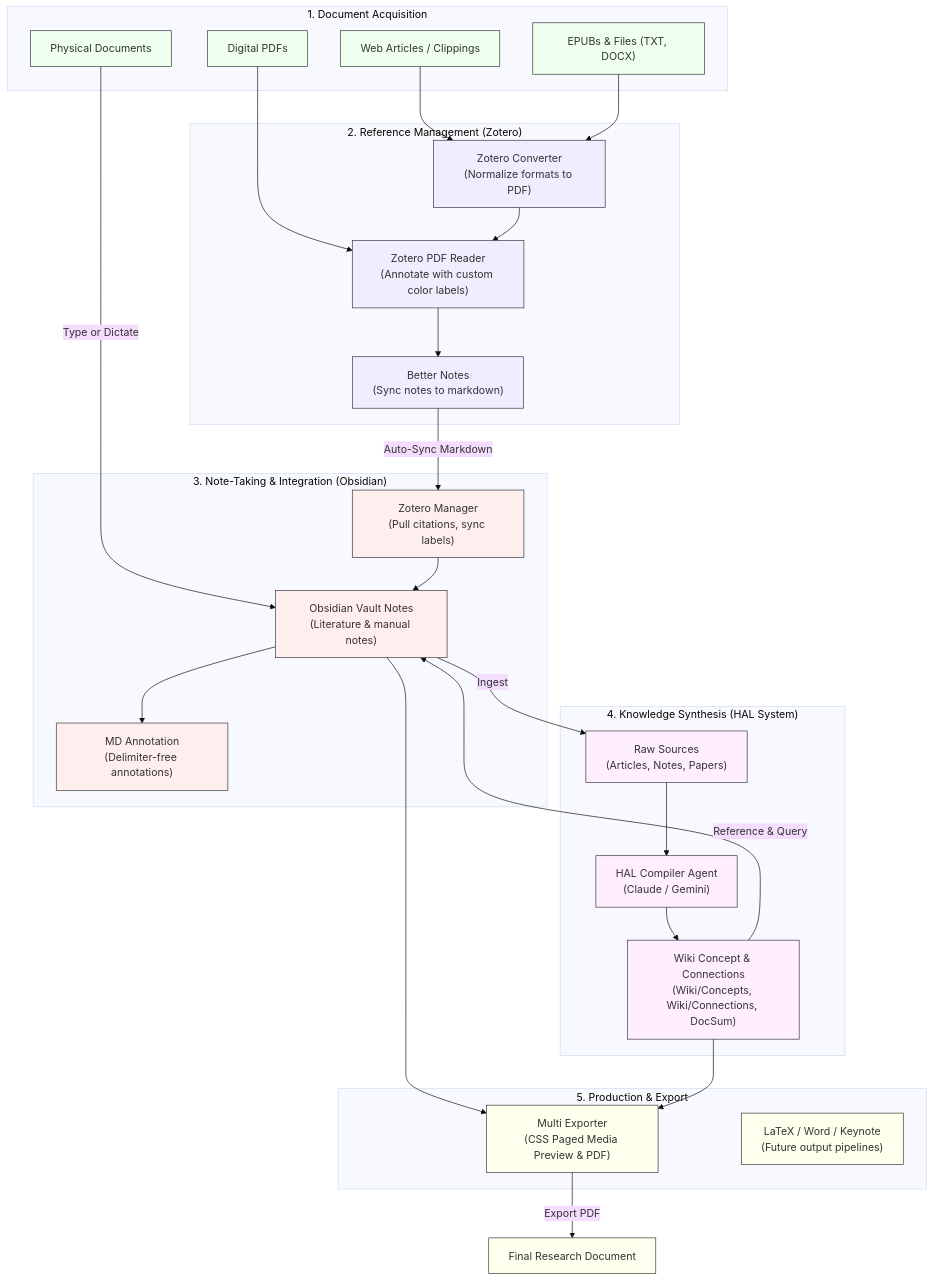
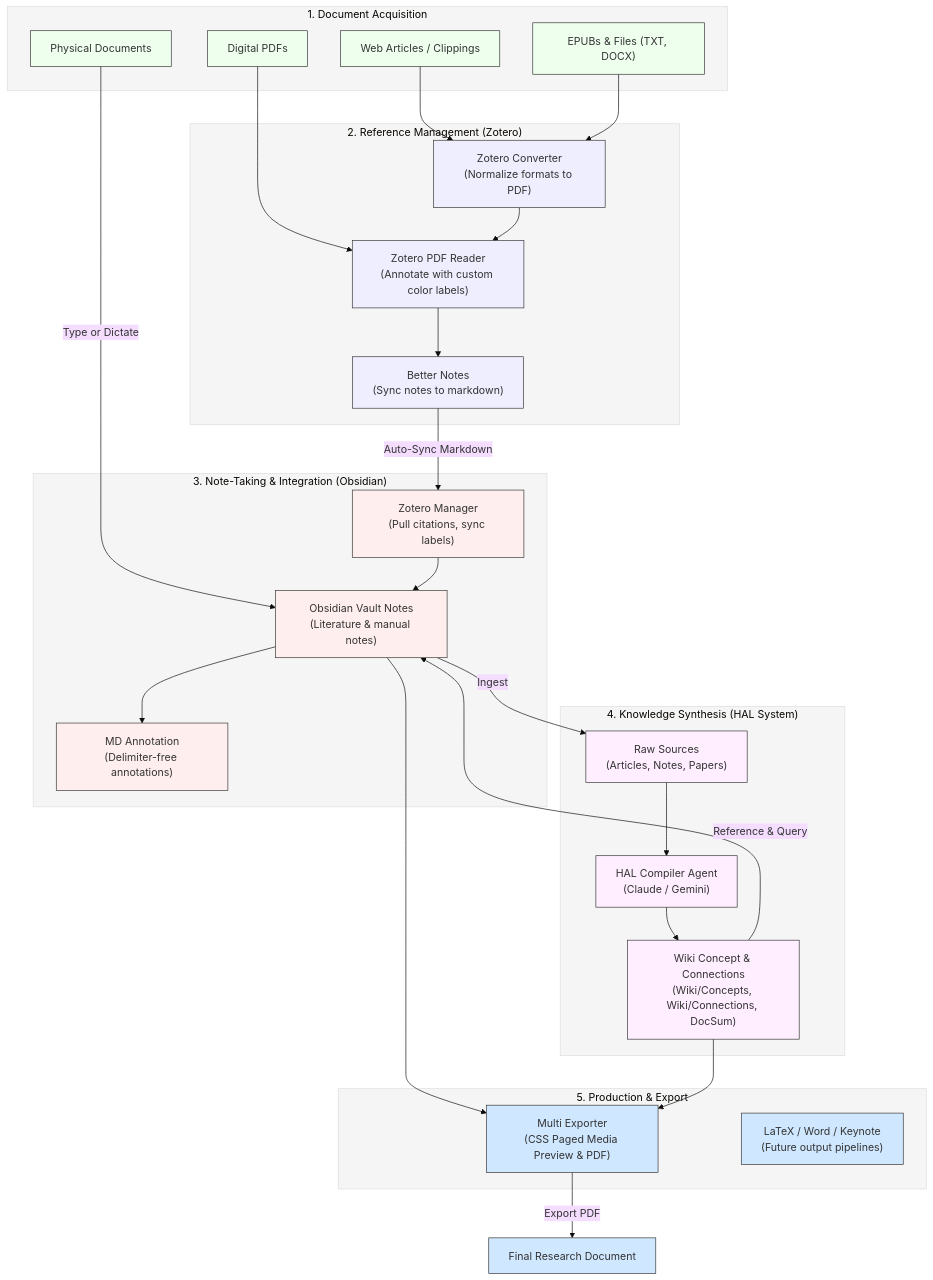
Before and after one commit to jsglazer/jsglazer.github.io: the first of 2 diagrams in README.md, drawn with Mermaid (base theme). The commit also changed other lines of this file and 7 other files, not shown here.

Commit message:
Add setup requirements and future integrations, restore biography paragraph, update Mermaid styling, and use .md links

````diff
--- a/README.md
+++ b/README.md
@@ -29,59 +29,65 @@
 ```mermaid
 flowchart TD
     classDef input fill:#efe,stroke:#333,stroke-width:1px;
     classDef zotero fill:#eef,stroke:#333,stroke-width:1px;
     classDef obsidian fill:#fee,stroke:#333,stroke-width:1px;
     classDef hal fill:#fef,stroke:#333,stroke-width:1px;
-    classDef publish fill:#ffe,stroke:#333,stroke-width:1px;
+    classDef publish fill:#d0e8ff,stroke:#333,stroke-width:1px;
 
     subgraph Inputs ["1. Document Acquisition"]
         Web["Web Articles / Clippings"]:::input
         EPUB["EPUBs & Files (TXT, DOCX)"]:::input
         PDF["Digital PDFs"]:::input
         Paper["Physical Documents"]:::input
     end
 
     subgraph ZoteroEnv ["2. Reference Management (Zotero)"]
         ZC["Zotero Converter\n(Normalize formats to PDF)"]:::zotero
         ZReader["Zotero PDF Reader\n(Annotate with custom color labels)"]:::zotero
         BN["Better Notes\n(Sync notes to markdown)"]:::zotero
     end
 
     subgraph ObsidianEnv ["3. Note-Taking & Integration (Obsidian)"]
         ZM["Zotero Manager\n(Pull citations, sync labels)"]:::obsidian
         Notes["Obsidian Vault Notes\n(Literature & manual notes)"]:::obsidian
         MDA["MD Annotation\n(Delimiter-free annotations)"]:::obsidian
     end
 
     subgraph HALEnv ["4. Knowledge Synthesis (HAL System)"]
         RawKB["Raw Sources\n(Articles, Notes, Papers)"]:::hal
         HALCompile["HAL Compiler Agent\n(Claude / Gemini)"]:::hal
         WikiKB["Wiki Concept & Connections\n(Wiki/Concepts, Wiki/Connections, DocSum)"]:::hal
     end
 
     subgraph OutputEnv ["5. Production & Export"]
         ME["Multi Exporter\n(CSS Paged Media Preview & PDF)"]:::publish
         LaTeX["LaTeX / Word / Keynote\n(Future output pipelines)"]:::publish
     end
 
+    style Inputs fill:#f5f5f5,stroke:#ddd,stroke-width:1px
+    style ZoteroEnv fill:#f5f5f5,stroke:#ddd,stroke-width:1px
+    style ObsidianEnv fill:#f5f5f5,stroke:#ddd,stroke-width:1px
+    style HALEnv fill:#f5f5f5,stroke:#ddd,stroke-width:1px
+    style OutputEnv fill:#f5f5f5,stroke:#ddd,stroke-width:1px
+
     Web --> ZC
     EPUB --> ZC
     PDF --> ZReader
     ZC --> ZReader
     Paper -->|Type or Dictate| Notes
     
     ZReader --> BN
     BN -->|Auto-Sync Markdown| ZM
     ZM --> Notes
     
     Notes --> MDA
     Notes -->|Ingest| RawKB
     
     RawKB --> HALCompile
     HALCompile --> WikiKB
     WikiKB -->|Reference & Query| Notes
     
     Notes --> ME
     WikiKB --> ME
     ME -->|Export PDF| Output["Final Research Document"]:::publish
 ```
````
